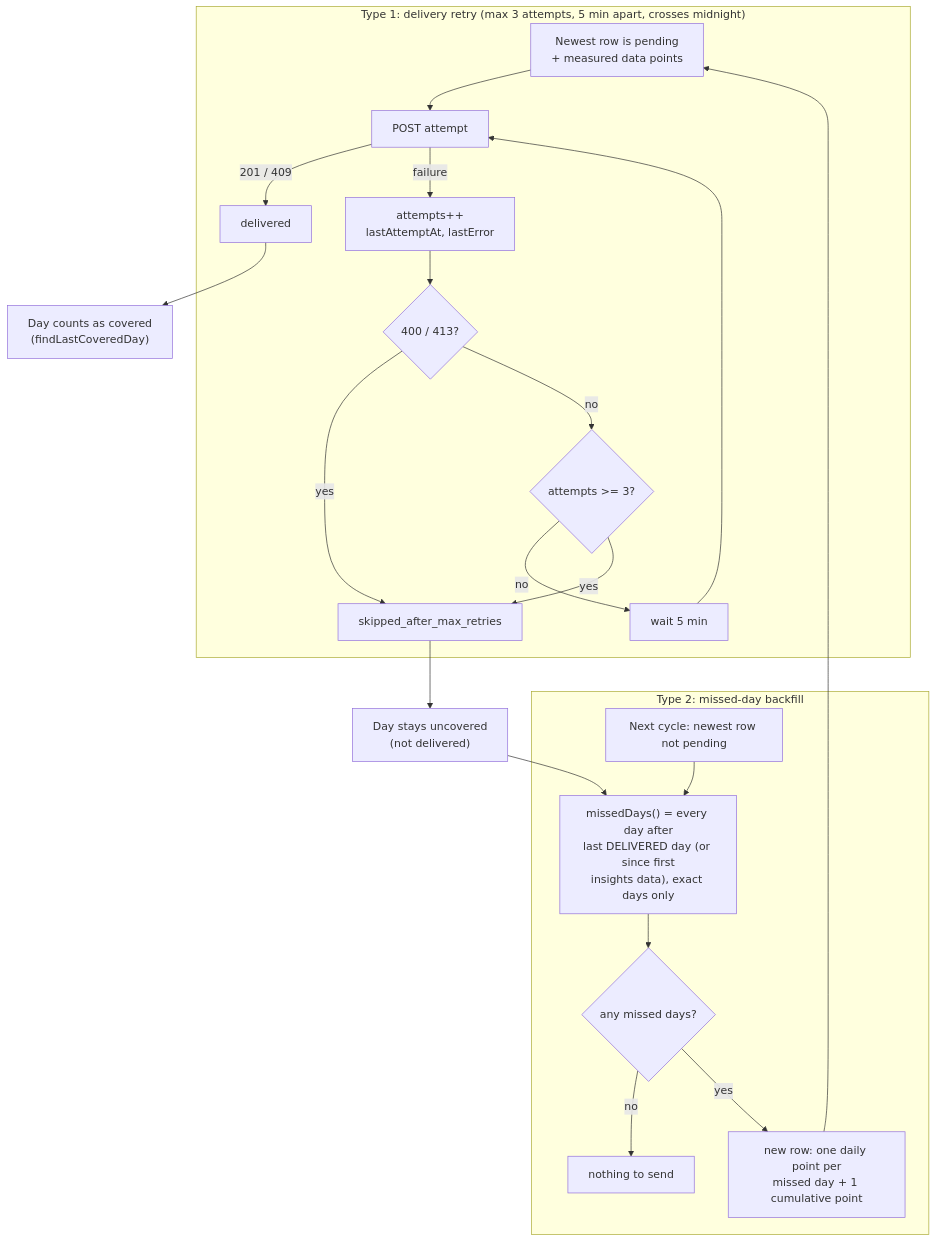
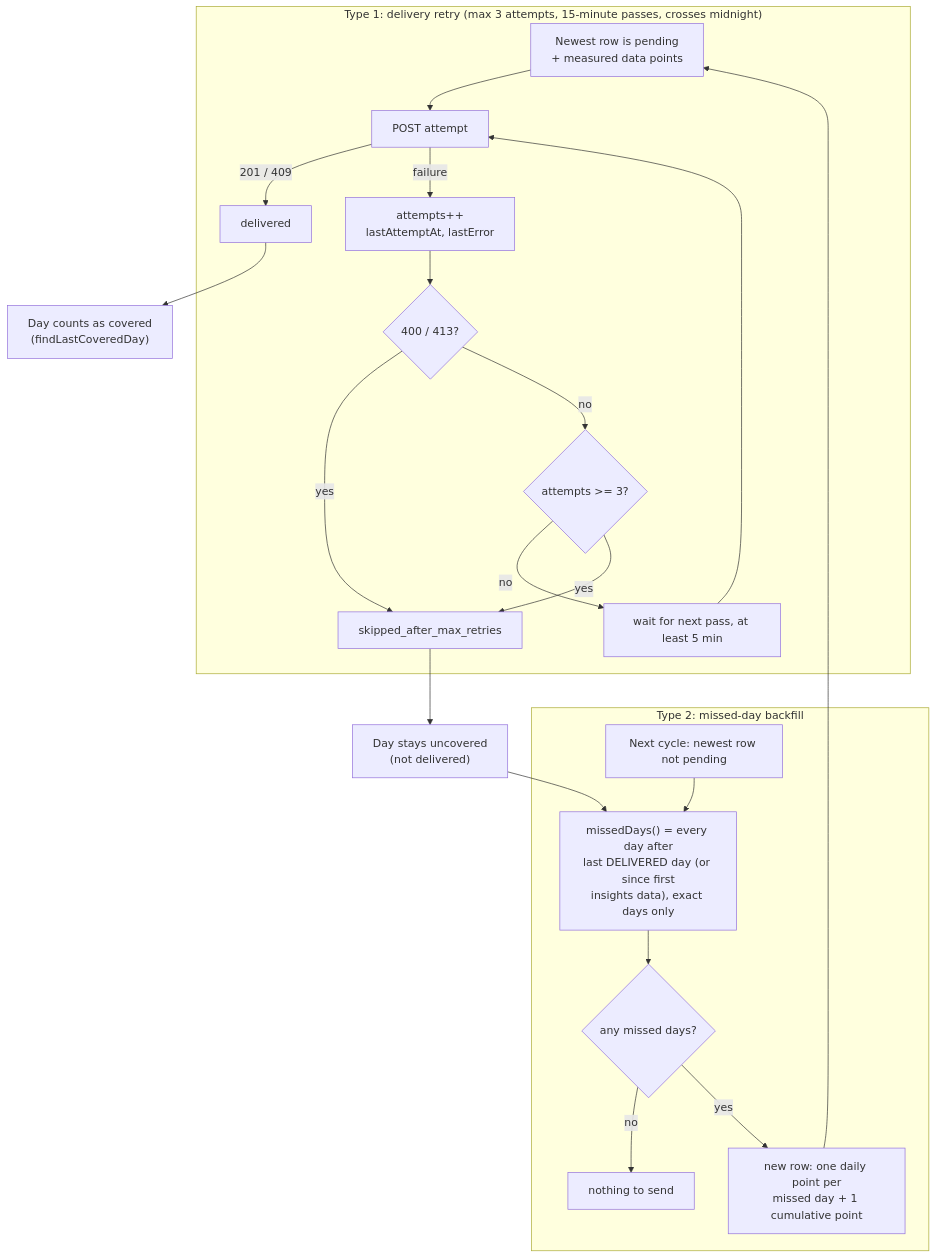
One commit to sreent/n8n changed the second of 2 diagrams in packages/cli/src/modules/instance-reporting.ee/RETRIES.md. Above: the diagram before and after it, drawn with Mermaid. The commit also changed other lines of this file and 3224 other files, not shown here.

````diff
--- a/packages/cli/src/modules/instance-reporting.ee/RETRIES.md
+++ b/packages/cli/src/modules/instance-reporting.ee/RETRIES.md
@@ -125,26 +132,26 @@
 ```mermaid
 flowchart TD
-    subgraph T1["Type 1: delivery retry (max 3 attempts, 5 min apart, crosses midnight)"]
+    subgraph T1["Type 1: delivery retry (max 3 attempts, 15-minute passes, crosses midnight)"]
         A["Newest row is pending\n+ measured data points"] --> B["POST attempt"]
         B -->|"201 / 409"| C["delivered"]
         B -->|"failure"| D["attempts++\nlastAttemptAt, lastError"]
         D --> R{"400 / 413?"}
         R -- yes --> G
         R -- no --> E{"attempts >= 3?"}
-        E -- no --> F["wait 5 min"] --> B
+        E -- no --> F["wait for next pass, at least 5 min"] --> B
         E -- yes --> G["skipped_after_max_retries"]
     end
 
     C --> H["Day counts as covered\n(findLastCoveredDay)"]
     G --> I["Day stays uncovered\n(not delivered)"]
 
     subgraph T2["Type 2: missed-day backfill"]
         J["Next cycle: newest row not pending"] --> K["missedDays() = every day after\nlast DELIVERED day (or since first\ninsights data), exact days only"]
         K --> L{"any missed days?"}
         L -- no --> M["nothing to send"]
         L -- yes --> N["new row: one daily point per\nmissed day + 1 cumulative point"]
         N --> A
     end
 
     I --> K
 ```
````
